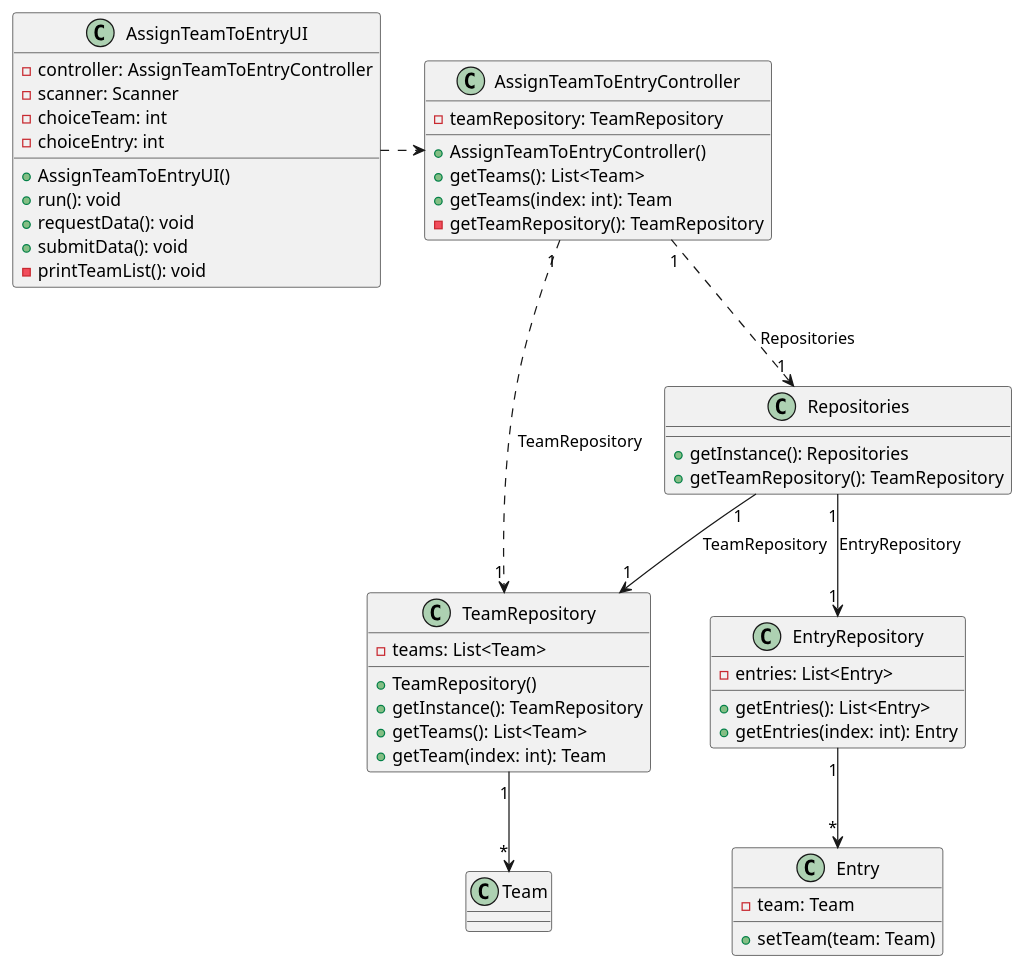
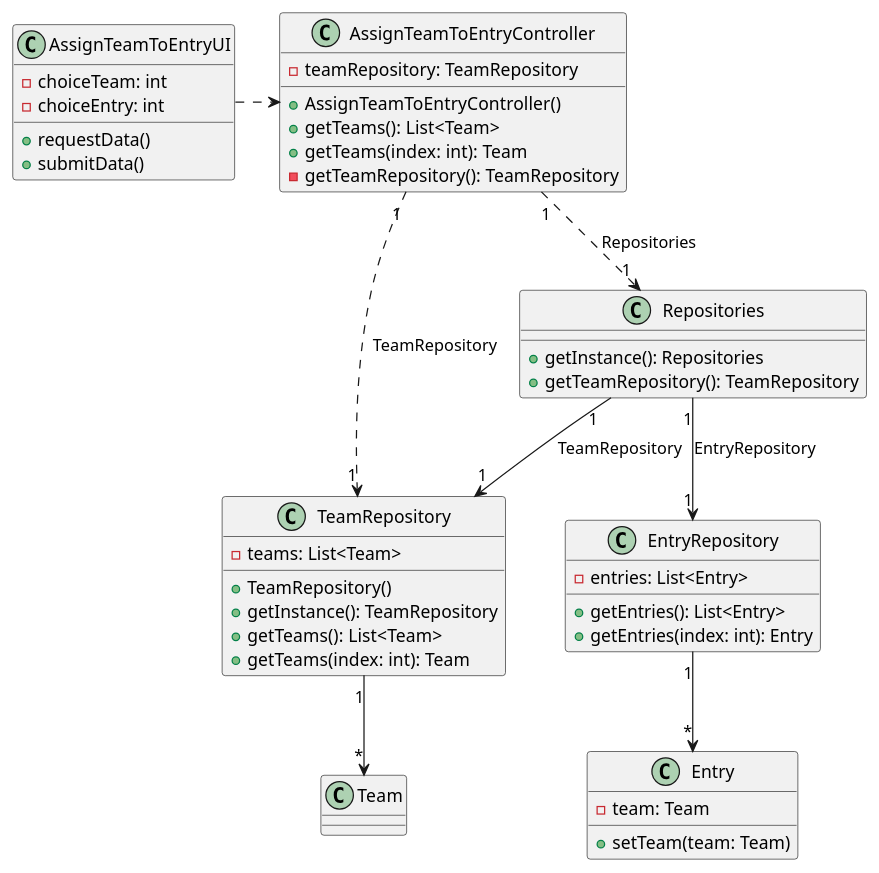
The diagram in docs/SprintC/us23/03.design/puml/us023-class-diagram.puml (Departamento-de-Engenharia-Informatica/lei-24-s2-1df-1de-g063), drawn with PlantUML before and after one commit. The commit also changed 2 other files, not shown here.

```diff
--- a/docs/SprintC/us23/03.design/puml/us023-class-diagram.puml
+++ b/docs/SprintC/us23/03.design/puml/us023-class-diagram.puml
@@ -1,58 +1,51 @@
 @startuml
 
 class AssignTeamToEntryController {
     -teamRepository: TeamRepository
     +AssignTeamToEntryController()
     +getTeams(): List<Team>
     +getTeams(index: int): Team
     -getTeamRepository(): TeamRepository
 }
 
 class AssignTeamToEntryUI {
-    -controller: AssignTeamToEntryController
-    -scanner: Scanner
     -choiceTeam: int
     -choiceEntry: int
-    +AssignTeamToEntryUI()
-    +run(): void
-    +requestData(): void
-    +submitData(): void
-    -printTeamList(): void
+    +requestData()
+    +submitData()
 }
 
-class Team {
-}
 
 class TeamRepository {
     -teams: List<Team>
     +TeamRepository()
     +getInstance(): TeamRepository
     +getTeams(): List<Team>
-    +getTeam(index: int): Team
+    +getTeams(index: int): Team
 }
 
 class Repositories {
     +getInstance(): Repositories
     +getTeamRepository(): TeamRepository
 }
 
 class EntryRepository {
     -entries: List<Entry>
     +getEntries(): List<Entry>
     +getEntries(index: int): Entry
 }
 
 class Entry {
     -team: Team
     +setTeam(team: Team)
 }
 
 AssignTeamToEntryController "1" ..> "1" Repositories : Repositories
 AssignTeamToEntryController "1" ..> "1" TeamRepository : TeamRepository
 AssignTeamToEntryUI .>  AssignTeamToEntryController
 Repositories "1" --> "1" TeamRepository : TeamRepository
 Repositories "1" --> "1" EntryRepository : EntryRepository
 TeamRepository "1" --> "*" Team
 EntryRepository "1" --> "*" Entry
 
 @enduml
```
